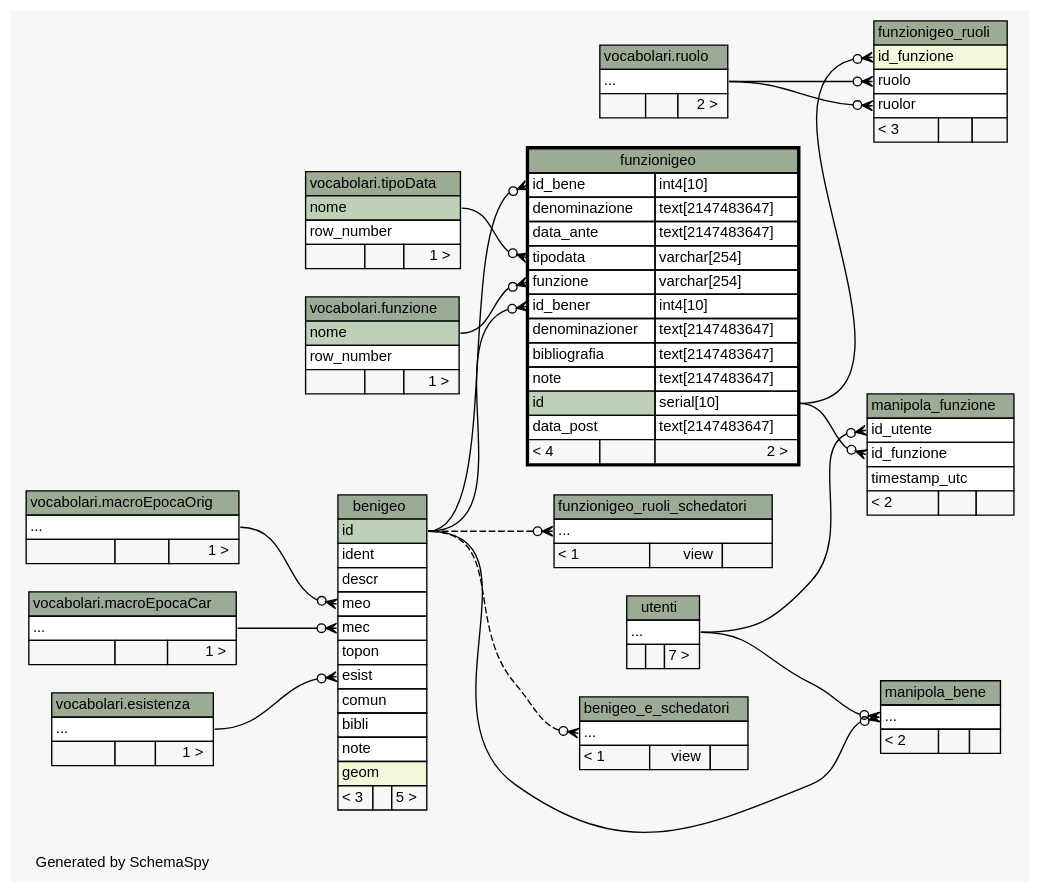
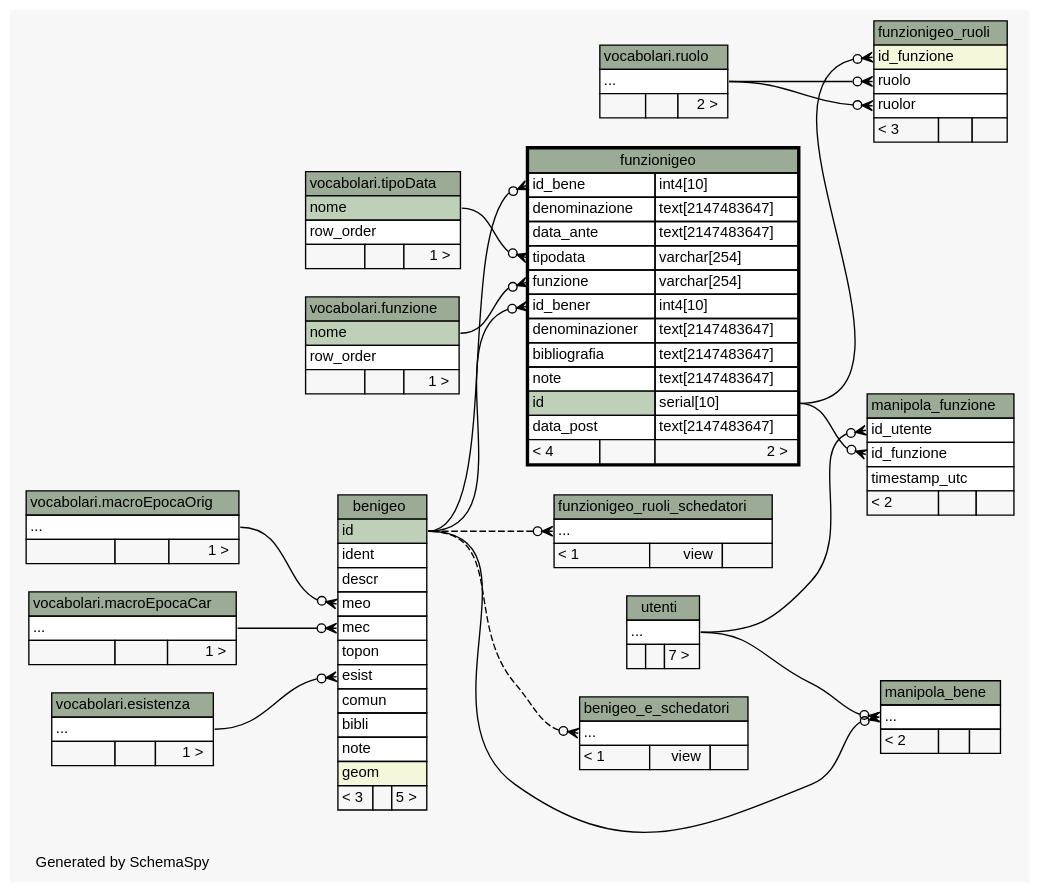
The diagram in databaseSchemaInterattivo/public/diagrams/funzionigeo.implied2degrees.dot (MaurizioRicci/beniInLunigianaServer), drawn with Graphviz before and after one commit. The commit also changed 166 other files, not shown here.

```diff
--- a/databaseSchemaInterattivo/public/diagrams/funzionigeo.implied2degrees.dot
+++ b/databaseSchemaInterattivo/public/diagrams/funzionigeo.implied2degrees.dot
@@ -80,7 +80,7 @@
     <TABLE BORDER="0" CELLBORDER="1" CELLSPACING="0" BGCOLOR="#ffffff">
       <TR><TD COLSPAN="3" BGCOLOR="#9bab96" ALIGN="CENTER">vocabolari.funzione</TD></TR>
       <TR><TD PORT="nome" COLSPAN="3" BGCOLOR="#bed1b8" ALIGN="LEFT">nome</TD></TR>
-      <TR><TD PORT="row_number" COLSPAN="3" ALIGN="LEFT">row_number</TD></TR>
+      <TR><TD PORT="row_order" COLSPAN="3" ALIGN="LEFT">row_order</TD></TR>
       <TR><TD ALIGN="LEFT" BGCOLOR="#f7f7f7">  </TD><TD ALIGN="RIGHT" BGCOLOR="#f7f7f7">  </TD><TD ALIGN="RIGHT" BGCOLOR="#f7f7f7">1 &gt;</TD></TR>
     </TABLE>>
     URL="../../vocabolari/tables/funzione.html"
@@ -185,7 +185,7 @@
     <TABLE BORDER="0" CELLBORDER="1" CELLSPACING="0" BGCOLOR="#ffffff">
       <TR><TD COLSPAN="3" BGCOLOR="#9bab96" ALIGN="CENTER">vocabolari.tipoData</TD></TR>
       <TR><TD PORT="nome" COLSPAN="3" BGCOLOR="#bed1b8" ALIGN="LEFT">nome</TD></TR>
-      <TR><TD PORT="row_number" COLSPAN="3" ALIGN="LEFT">row_number</TD></TR>
+      <TR><TD PORT="row_order" COLSPAN="3" ALIGN="LEFT">row_order</TD></TR>
       <TR><TD ALIGN="LEFT" BGCOLOR="#f7f7f7">  </TD><TD ALIGN="RIGHT" BGCOLOR="#f7f7f7">  </TD><TD ALIGN="RIGHT" BGCOLOR="#f7f7f7">1 &gt;</TD></TR>
     </TABLE>>
     URL="../../vocabolari/tables/tipoData.html"
```
